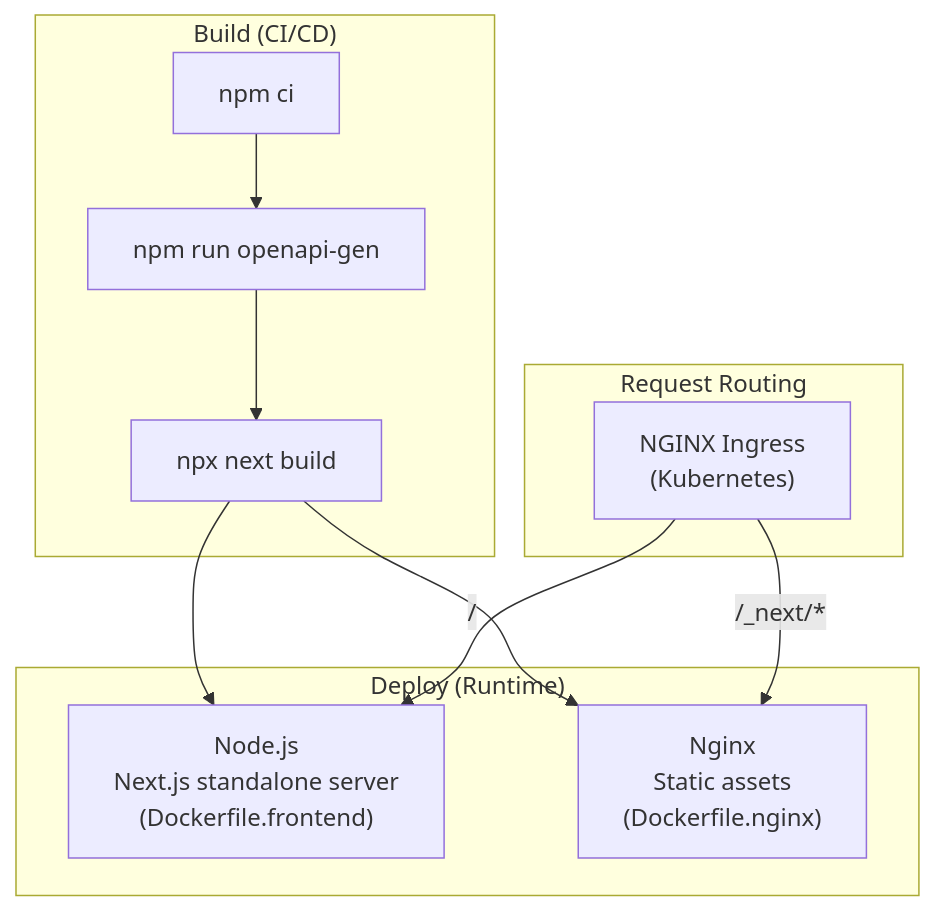
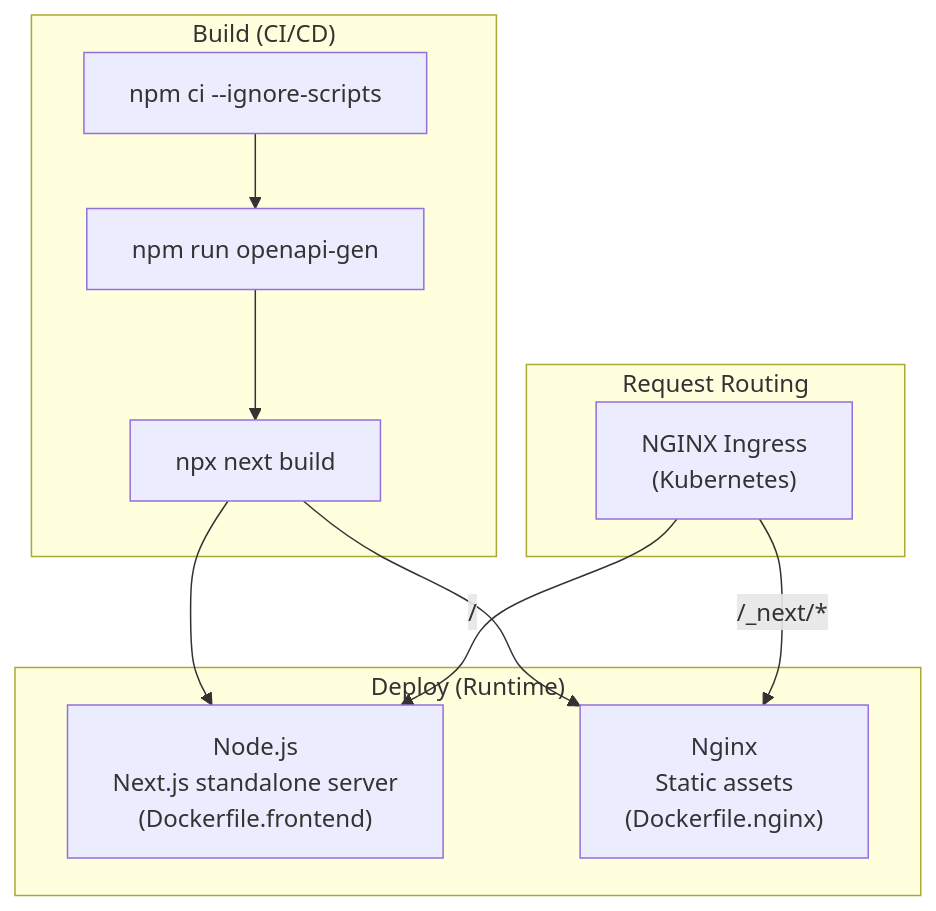
Before and after one commit to berserkhmdvhb/fullstack_template: the diagram in wiki/frontend-deployment.md, drawn with Mermaid. The commit also changed other lines of this file and 2 other files, not shown here.

Commit message:
docs: platform-only denials, the fsevents row, --ignore-scripts everywhere

````diff
--- a/wiki/frontend-deployment.md
+++ b/wiki/frontend-deployment.md
@@ -24,23 +24,23 @@
 ```mermaid
 flowchart TB
     subgraph Build["Build (CI/CD)"]
-        NPM["npm ci"]
+        NPM["npm ci --ignore-scripts"]
         OpenAPI["npm run openapi-gen"]
         NextBuild["npx next build"]
     end
 
     subgraph Deploy["Deploy (Runtime)"]
         Node["Node.js<br/>Next.js standalone server<br/>(Dockerfile.frontend)"]
         Nginx["Nginx<br/>Static assets<br/>(Dockerfile.nginx)"]
     end
 
     subgraph Route["Request Routing"]
         IC["NGINX Ingress<br/>(Kubernetes)"]
     end
 
     NPM --> OpenAPI --> NextBuild
     NextBuild --> Node
     NextBuild --> Nginx
     IC -->|"/"| Node
     IC -->|"/_next/*"| Nginx
 ```
````
